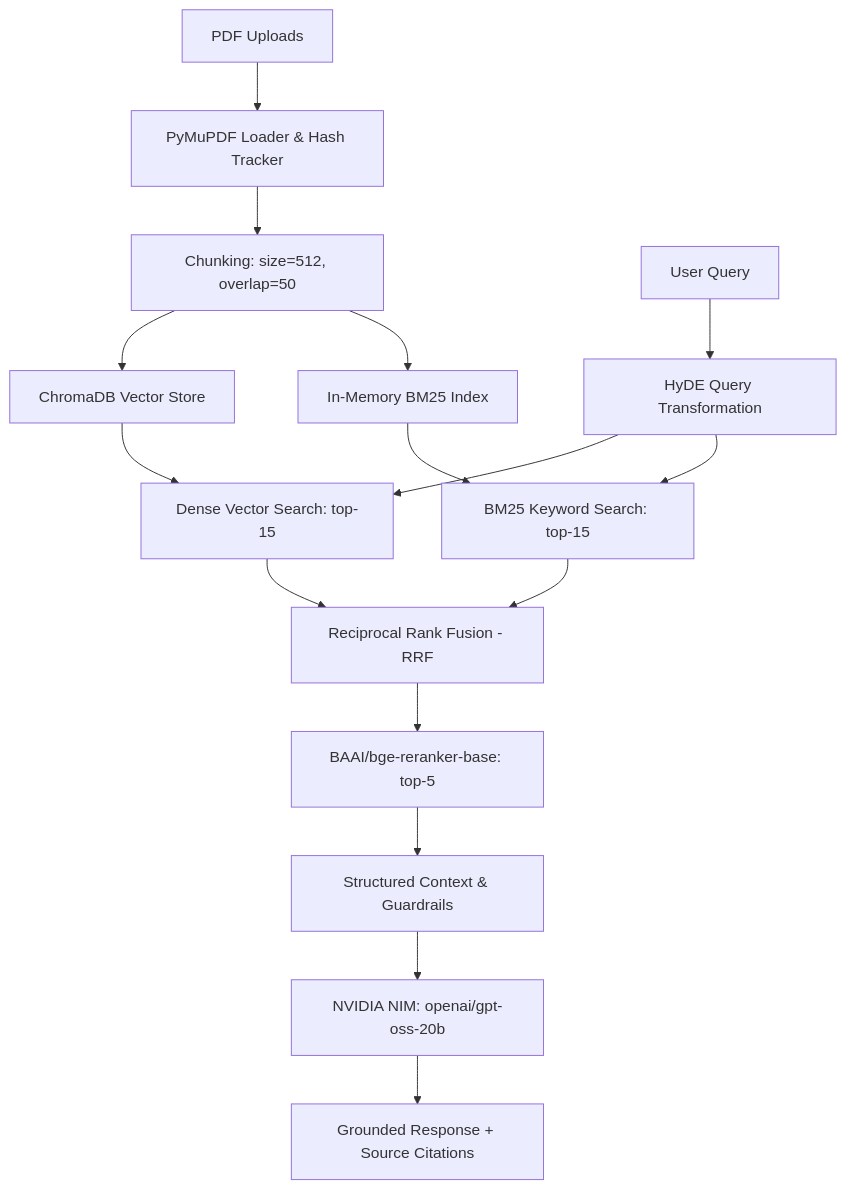
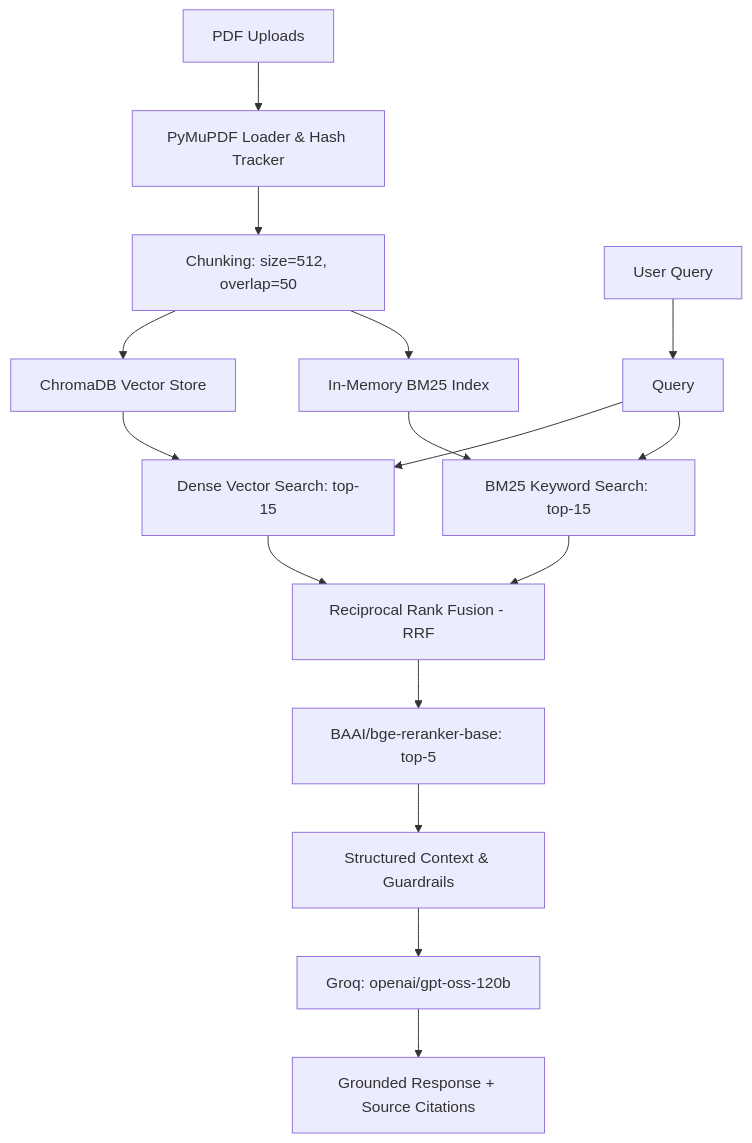
One commit to Ayushcv-46/rag-pdf-chatbot changed the diagram in README.md. Above: the diagram before and after it, drawn with Mermaid. The commit also changed other lines of this file, not shown here.

Commit message:
docs: document current architecture and evaluation workflow

````diff
--- a/README.md
+++ b/README.md
@@ -33,20 +39,20 @@
 ```mermaid
 flowchart TD
     A[PDF Uploads] --> B[PyMuPDF Loader & Hash Tracker]
     B --> C[Chunking: size=512, overlap=50]
     C --> D[ChromaDB Vector Store]
     C --> E[In-Memory BM25 Index]
     
-    F[User Query] --> G[HyDE Query Transformation]
+    F[User Query] -->     G[Query]
     G --> H[Dense Vector Search: top-15]
     G --> I[BM25 Keyword Search: top-15]
     D --> H
     E --> I
     
     H --> J[Reciprocal Rank Fusion - RRF]
     I --> J
     J --> K[BAAI/bge-reranker-base: top-5]
     K --> L[Structured Context & Guardrails]
-    L --> M[NVIDIA NIM: openai/gpt-oss-20b]
+    L --> M[Groq: openai/gpt-oss-120b]
     M --> N[Grounded Response + Source Citations]
 ```
````
